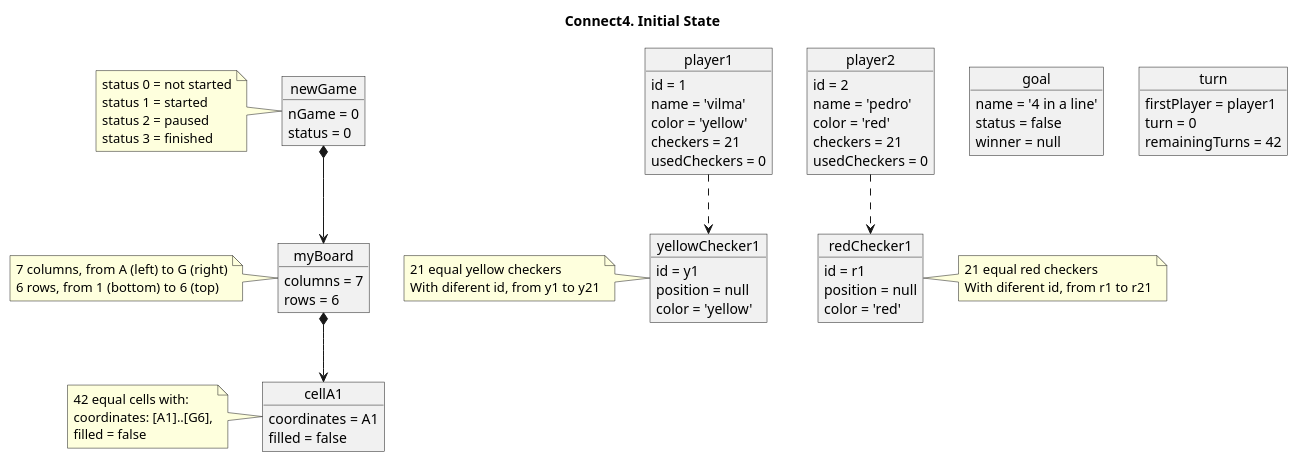
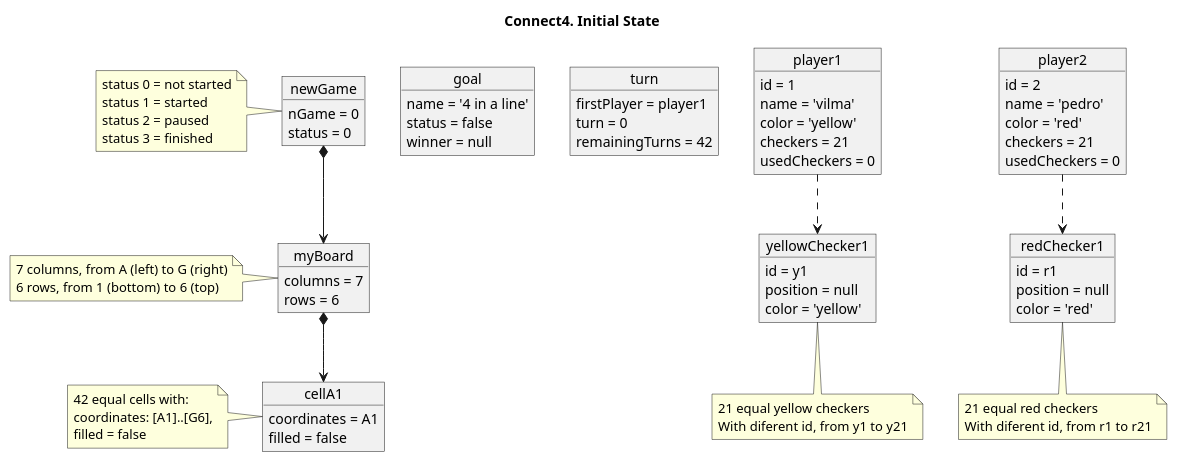
Before and after one commit to USantaTecla-ed-mpds/lab-boole: the diagram in tech-plantuml/game-connect4/semanaActual/docs/connect4--initial-state.puml, drawn with PlantUML. The commit also changed 1 other file, not shown here.

```diff
--- a/tech-plantuml/game-connect4/semanaActual/docs/connect4--initial-state.puml
+++ b/tech-plantuml/game-connect4/semanaActual/docs/connect4--initial-state.puml
@@ -1,107 +1,107 @@
 @startuml connect4--initial-state
 
 
 title Connect4. Initial State
 
 object newGame
 note left of newGame
     status 0 = not started
     status 1 = started
     status 2 = paused
     status 3 = finished
 end note
 
 object goal
 object turn
 object myBoard
 object cellA1
 object player1
 object player2
 object redChecker1
 object yellowChecker1
 
 
 object newGame {
     nGame = 0
     status = 0
 }
 
 object goal {
     name = '4 in a line'
     status = false
     winner = null
 }
 
 object turn {
     firstPlayer = player1
     turn = 0
     remainingTurns = 42
 }
 
 object myBoard {
     columns = 7
     rows = 6
 }
 
 note left of myBoard
     7 columns, from A (left) to G (right)
     6 rows, from 1 (bottom) to 6 (top)
 end note
 
 object cellA1 {
     coordinates = A1
     filled = false
 }
 
 note left of cellA1
     42 equal cells with:
     coordinates: [A1]..[G6],
     filled = false
 end note
 
 object player1 {
     id = 1
     name = 'vilma'
     color = 'yellow'
     checkers = 21
     usedCheckers = 0
 }
 
 object player2 {
     id = 2
     name = 'pedro'
     color = 'red'
     checkers = 21
     usedCheckers = 0
 }
 
 object yellowChecker1 {
     id = y1
     position = null
     color = 'yellow'
 }
 
-note left of yellowChecker1
+note bottom of yellowChecker1
     21 equal yellow checkers
     With diferent id, from y1 to y21
 end note
 
 object redChecker1 {
     id = r1
     position = null
     color = 'red'
 }
 
-note right of redChecker1
+note bottom of redChecker1
     21 equal red checkers
     With diferent id, from r1 to r21
 end note
 
 newGame *--> myBoard
 myBoard *--> cellA1
 
 player1 ..> yellowChecker1
 player2 ..> redChecker1
 
 
 @enduml
```
